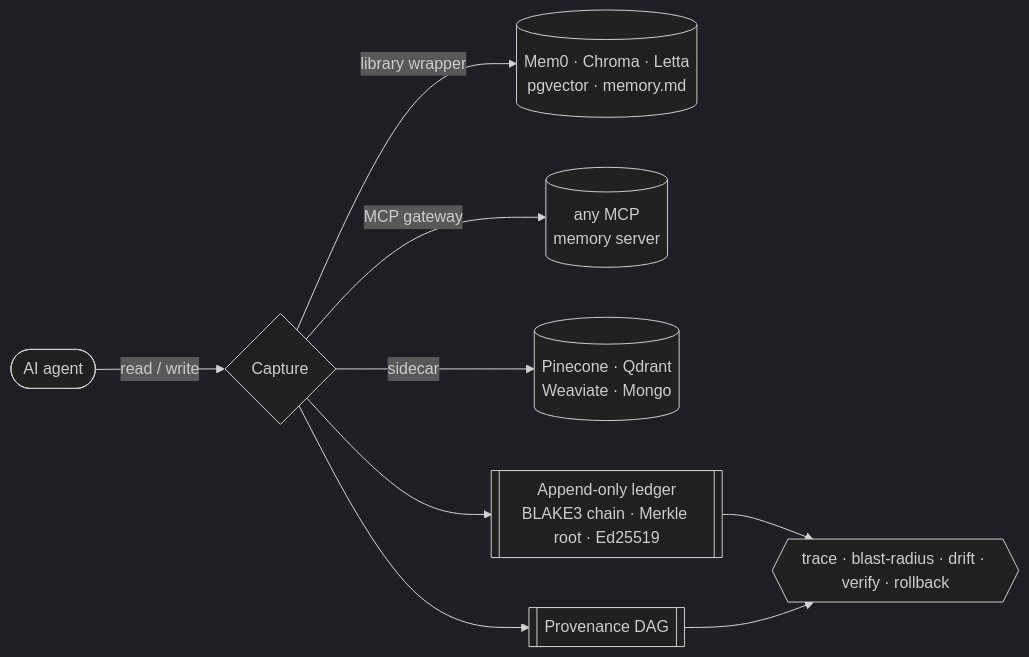
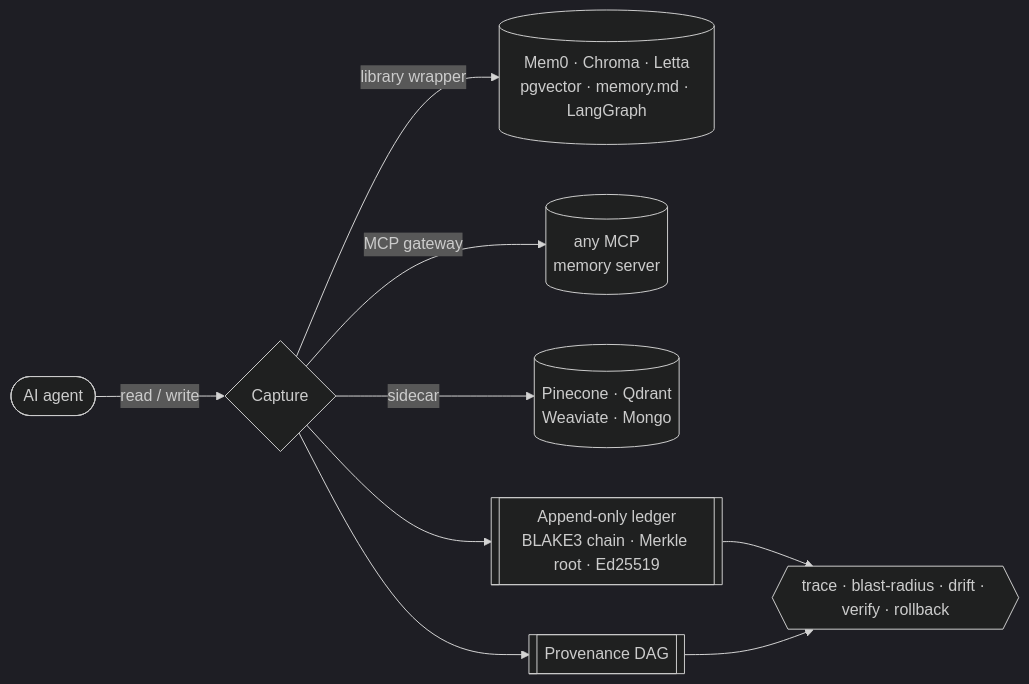
One commit to lavkumarv/memory-blackbox changed the diagram in README.md. Above: the diagram before and after it, drawn with Mermaid (dark theme). The commit also changed other lines of this file and 7 other files, not shown here.

````diff
--- a/README.md
+++ b/README.md
@@ -198,10 +238,10 @@
 ```mermaid
 flowchart LR
     A([AI agent]) -- read / write --> C{Capture}
-    C -- library wrapper --> B1[(Mem0 · Chroma · Letta<br/>pgvector · memory.md)]
+    C -- library wrapper --> B1[(Mem0 · Chroma · Letta<br/>pgvector · memory.md · LangGraph)]
     C -- MCP gateway --> B2[(any MCP<br/>memory server)]
     C -- sidecar --> B3[(Pinecone · Qdrant<br/>Weaviate · Mongo)]
     C --> L[[Append-only ledger<br/>BLAKE3 chain · Merkle root · Ed25519]]
     C --> D[[Provenance DAG]]
     L & D --> Q{{trace · blast-radius · drift · verify · rollback}}
 ```
````
